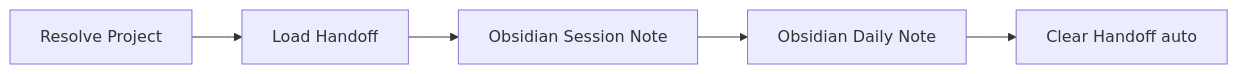
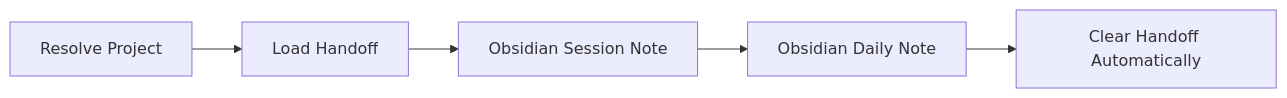
Before and after one commit to adeonir/agent-skills: the diagram in skills/personal/wrap-up/README.md, drawn with Mermaid. The commit also changed other lines of this file and 5 other files, not shown here.

````diff
--- a/skills/personal/wrap-up/README.md
+++ b/skills/personal/wrap-up/README.md
@@ -7,7 +7,7 @@
 ```mermaid
 flowchart LR
     A[Resolve Project] --> B[Load Handoff]
     B --> C[Obsidian Session Note]
     C --> D[Obsidian Daily Note]
-    D --> E[Clear Handoff auto]
+    D --> E[Clear Handoff Automatically]
 ```
````
